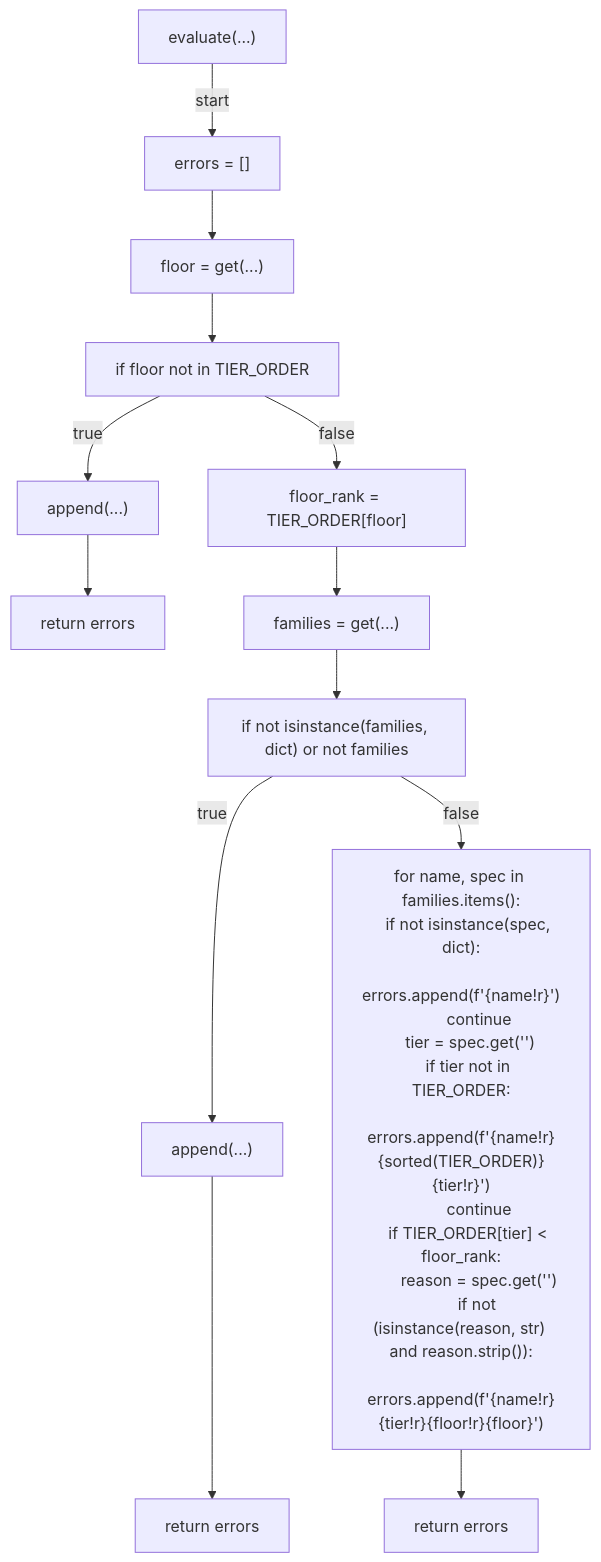
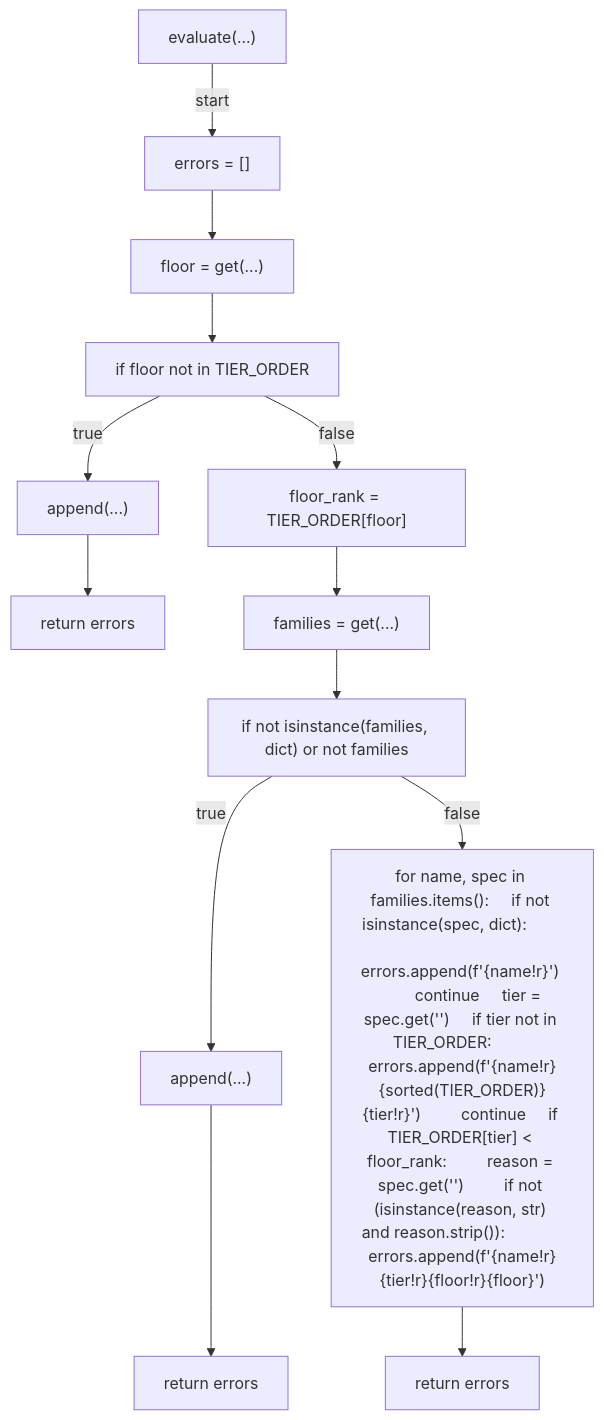
Before and after one commit to tvna/claude-md: the first of 3 diagrams in docs/generated/scripts/ast/verify_security_control_floor.md, drawn with Mermaid. The commit also changed other lines of this file and 15 other files, not shown here.

First line of the commit message:
docs(generated): regenerate decision tree and workflow diagrams (batch 5/5)

````diff
--- a/docs/generated/scripts/ast/verify_security_control_floor.md
+++ b/docs/generated/scripts/ast/verify_security_control_floor.md
@@ -7,39 +7,28 @@
 ```mermaid
 flowchart TD
     N001["evaluate(...)"]
     N002["errors = []"]
     N003["floor = get(...)"]
     N004["if floor not in TIER_ORDER"]
     N005["append(...)"]
     N006["return errors"]
     N007["floor_rank = TIER_ORDER[floor]"]
     N008["families = get(...)"]
     N009["if not isinstance(families, dict) or not families"]
     N010["append(...)"]
     N011["return errors"]
-    N012["for name, spec in families.items():
-    if not isinstance(spec, dict):
-        errors.append(f'<str>{name!r}<str>')
-        continue
-    tier = spec.get('<str>')
-    if tier not in TIER_ORDER:
-        errors.append(f'<str>{name!r}<str>{sorted(TIER_ORDER)}<str>{tier!r}')
-        continue
-    if TIER_ORDER[tier] < floor_rank:
-        reason = spec.get('<str>')
-        if not (isinstance(reason, str) and reason.strip()):
-            errors.append(f'<str>{name!r}<str>{tier!r}<str>{floor!r}<str>{floor}<str>')"]
+    N012["for name, spec in families.items():     if not isinstance(spec, dict):         errors.append(f'<str>{name!r}<str>')         continue     tier = spec.get('<str>')     if tier not in TIER_ORDER:         errors.append(f'<str>{name!r}<str>{sorted(TIER_ORDER)}<str>{tier!r}')         continue     if TIER_ORDER[tier] < floor_rank:         reason = spec.get('<str>')         if not (isinstance(reason, str) and reason.strip()):             errors.append(f'<str>{name!r}<str>{tier!r}<str>{floor!r}<str>{floor}<str>')"]
     N013["return errors"]
     N001 -->|"start"| N002
     N002 --> N003
     N003 --> N004
     N004 -->|"true"| N005
     N005 --> N006
     N004 -->|"false"| N007
     N007 --> N008
     N008 --> N009
     N009 -->|"true"| N010
     N010 --> N011
     N009 -->|"false"| N012
     N012 --> N013
 ```
````
